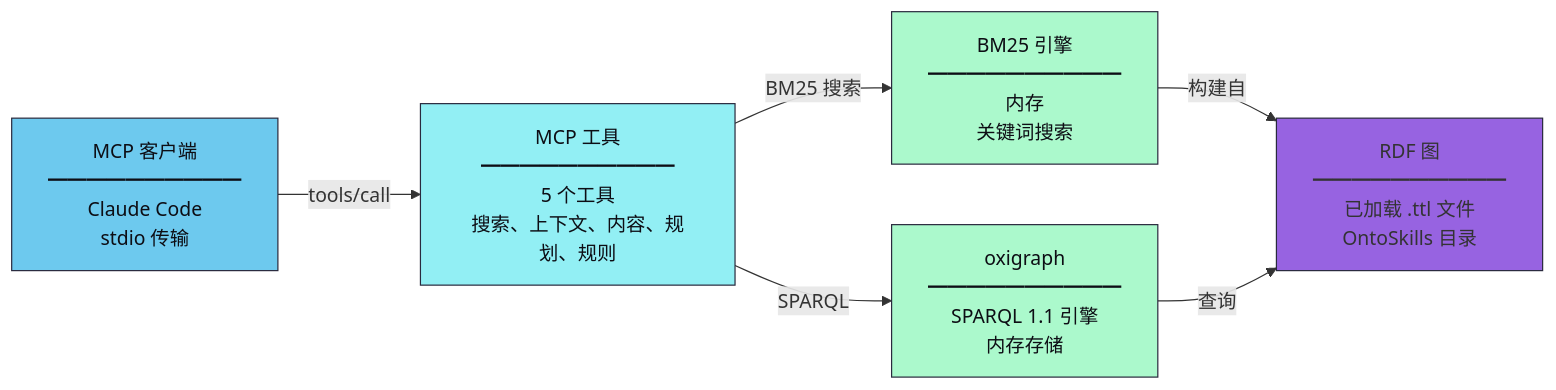
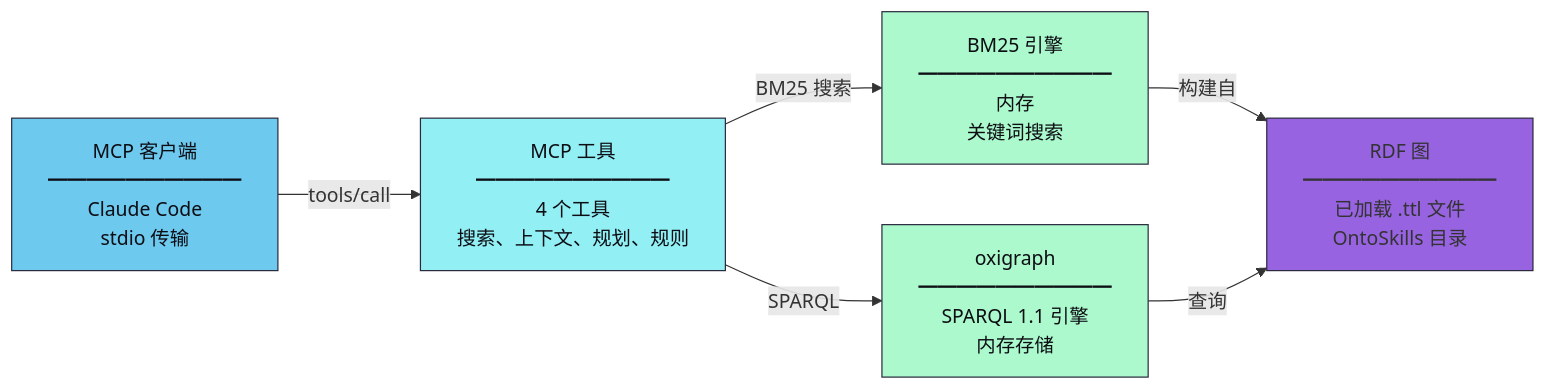
Before and after one commit to mareasoftware/ontoclaw: the second of 3 diagrams in mcp/README_zh.md, drawn with Mermaid. The commit also changed other lines of this file and 27 other files, not shown here.

First line of the commit message:
feat: compact knowledge nodes — operational extraction, 5→4 MCP tools

````diff
--- a/mcp/README_zh.md
+++ b/mcp/README_zh.md
@@ -45,14 +44,14 @@
 ```mermaid
 flowchart LR
-    CLIENT["MCP 客户端<br/>━━━━━━━━━━<br/>Claude Code<br/>stdio 传输"] -->|"tools/call"| TOOLS["MCP 工具<br/>━━━━━━━━━━<br/>5 个工具<br/>搜索、上下文、内容、规划、规则"]
+    CLIENT["MCP 客户端<br/>━━━━━━━━━━<br/>Claude Code<br/>stdio 传输"] -->|"tools/call"| TOOLS["MCP 工具<br/>━━━━━━━━━━<br/>4 个工具<br/>搜索、上下文、规划、规则"]
     TOOLS -->|"BM25 搜索"| BM25["BM25 引擎<br/>━━━━━━━━━━<br/>内存<br/>关键词搜索"]
     TOOLS -->|"SPARQL"| SPARQL["oxigraph<br/>━━━━━━━━━━<br/>SPARQL 1.1 引擎<br/>内存存储"]
     BM25 -->|"构建自"| GRAPH["RDF 图<br/>━━━━━━━━━━<br/>已加载 .ttl 文件<br/>OntoSkills 目录"]
     SPARQL -->|"查询"| GRAPH
 
     style CLIENT fill:#6dc9ee,stroke:#2a2a3e,color:#0d0d14
     style TOOLS fill:#92eff4,stroke:#2a2a3e,color:#0d0d14
     style BM25 fill:#abf9cc,stroke:#2a2a3e,color:#0d0d14
     style SPARQL fill:#abf9cc,stroke:#2a2a3e,color:#0d0d14
     style GRAPH fill:#9763e1,stroke:#2a2a3e,color:#0d0f5
 ```
````
